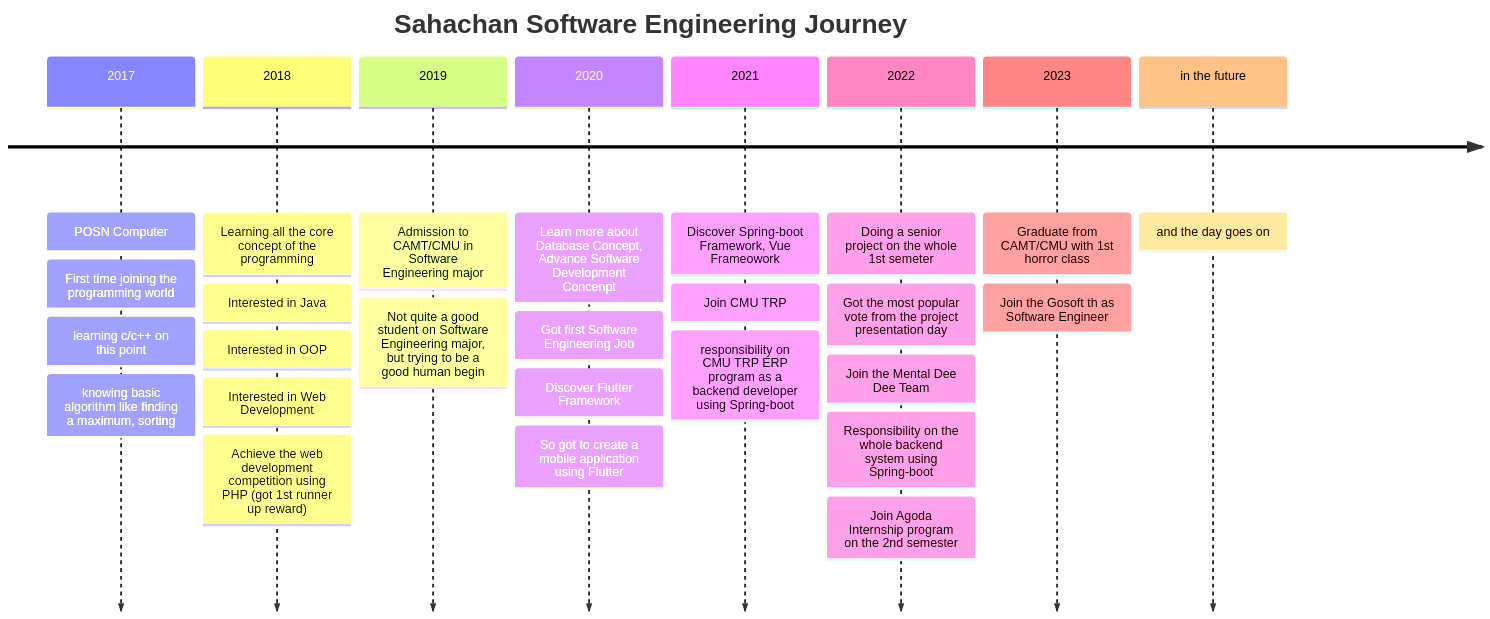
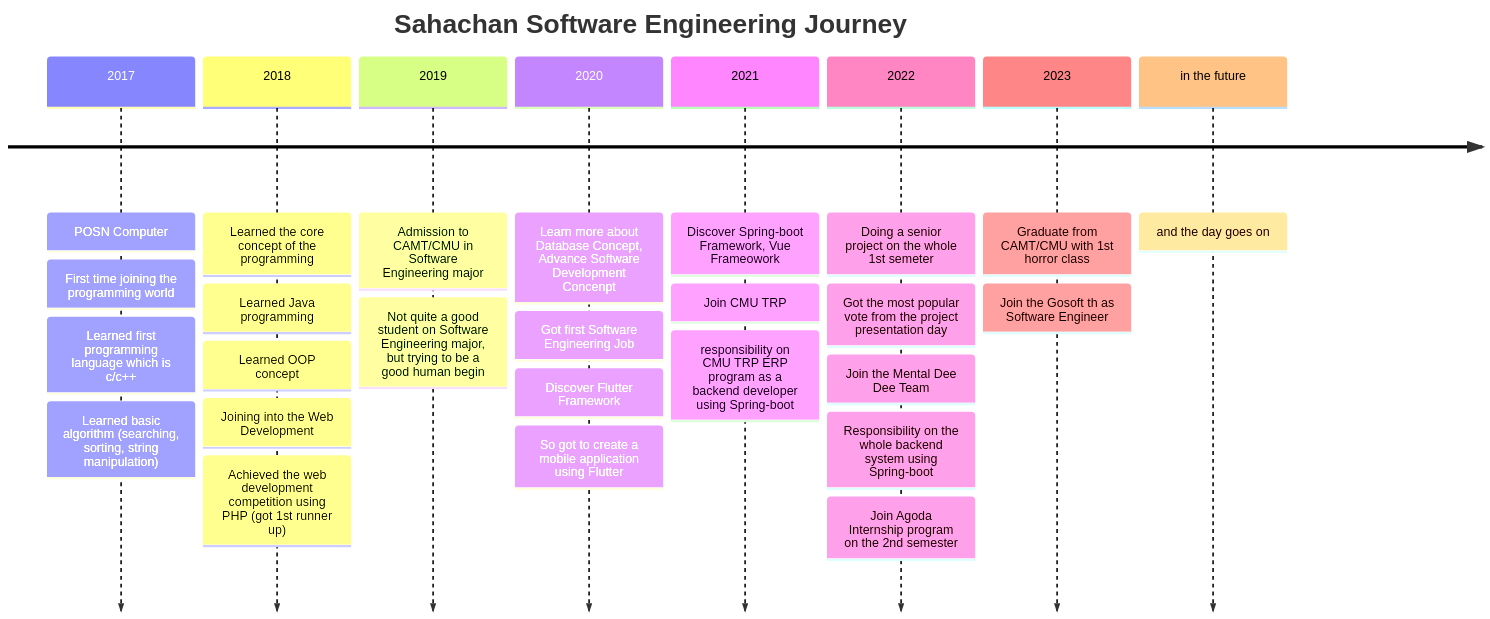
The diagram in README.md (oat431/oat431), drawn with Mermaid before and after one commit.

Commit message:
📝 Update README.md

````diff
--- a/README.md
+++ b/README.md
@@ -61,30 +61,30 @@
 ```mermaid
 timeline
     title Sahachan Software Engineering Journey
     2017 : POSN Computer
          : First time joining the programming world
-         : learning c/c++ on this point
-         : knowing basic algorithm like finding a maximum, sorting
-    2018 : Learning all the core concept of the programming
-         : Interested in Java
-         : Interested in OOP
-         : Interested in Web Development
-         : Achieve the web development competition using PHP (got 1st runner up reward)
+         : Learned first programming language which is c/c++
+         : Learned basic algorithm (searching, sorting, string manipulation)
+    2018 : Learned the core concept of the programming
+         : Learned Java programming
+         : Learned OOP concept
+         : Joining into the Web Development
+         : Achieved the web development competition using PHP (got 1st runner up)
     2019 : Admission to CAMT/CMU in Software Engineering major
          : Not quite a good student on Software Engineering major, but trying to be a good human begin
     2020 : Learn more about Database Concept, Advance Software Development Concenpt
          : Got first Software Engineering Job
          : Discover Flutter Framework
          : So got to create a mobile application using Flutter
     2021 : Discover Spring-boot Framework, Vue Frameowork
          : Join CMU TRP
          : responsibility on CMU TRP ERP program as a backend developer using Spring-boot
     2022 : Doing a senior project on the whole 1st semeter
          : Got the most popular vote from the project presentation day
          : Join the Mental Dee Dee Team
          : Responsibility on the whole backend system using Spring-boot
          : Join Agoda Internship program on the 2nd semester
     2023 : Graduate from CAMT/CMU with 1st horror class
          : Join the Gosoft th as Software Engineer
     in the future : and the day goes on
 ```
````
